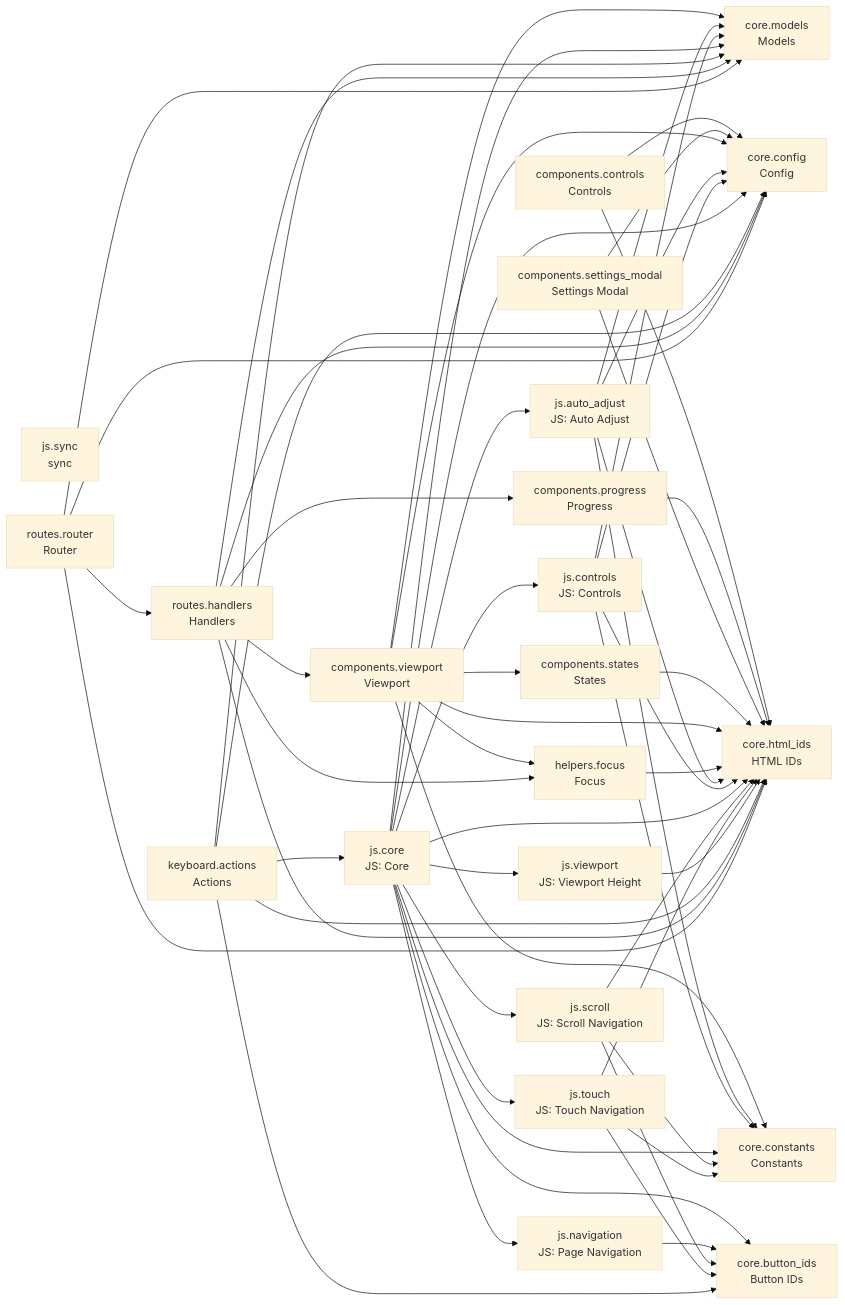
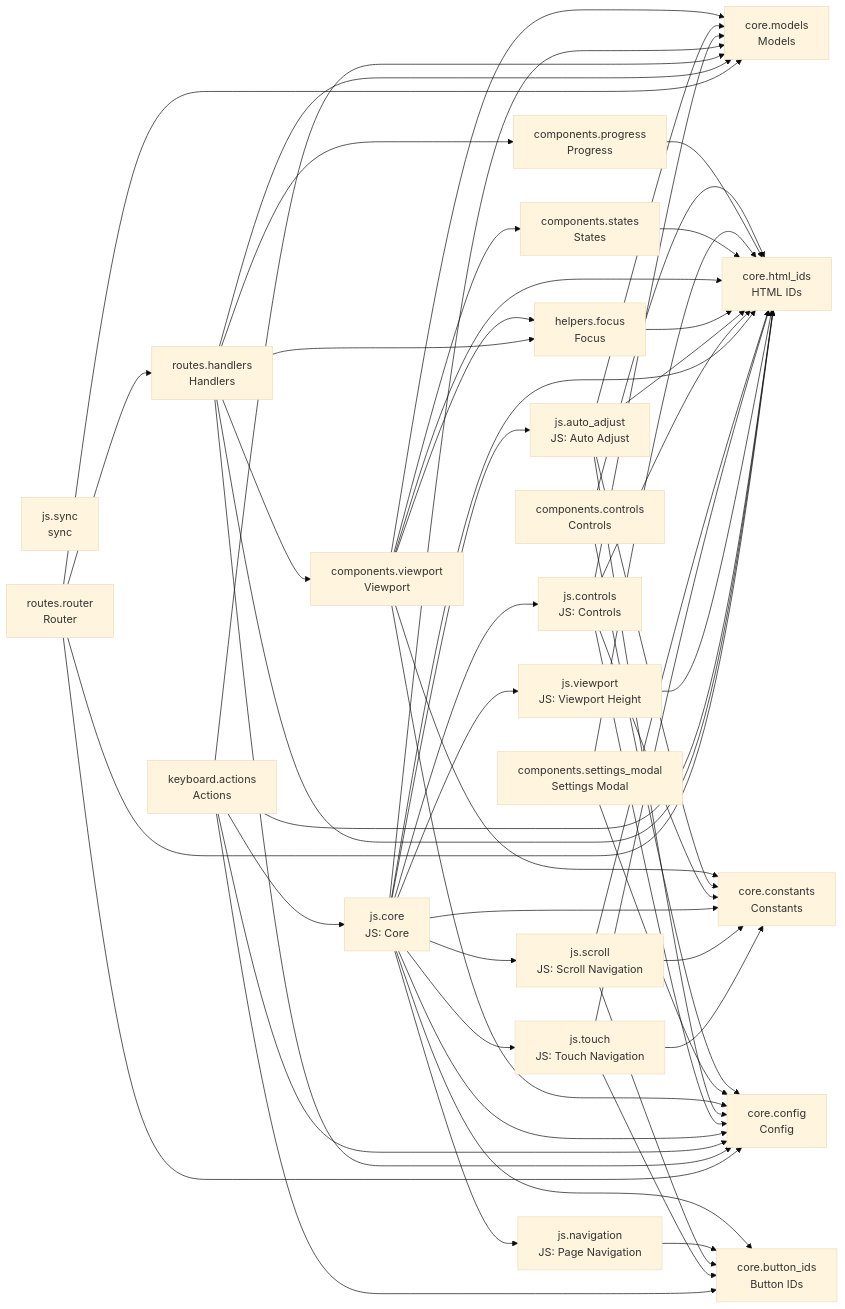
One commit to cj-mills/cjm-fasthtml-card-stack changed the diagram in README.md. Above: the diagram before and after it, drawn with Mermaid (base theme). The commit also changed other lines of this file and 4 other files, not shown here.

Commit message:
Add label pass-through on create_card_stack_focus_zone for keyboard-navigation 0.0.22's zone-aware hints modal (G4 D1).

````diff
--- a/README.md
+++ b/README.md
@@ -48,81 +48,81 @@
 ``` mermaid
 graph LR
     components_controls[components.controls<br/>Controls]
     components_progress[components.progress<br/>Progress]
     components_settings_modal[components.settings_modal<br/>Settings Modal]
     components_states[components.states<br/>States]
     components_viewport[components.viewport<br/>Viewport]
     core_button_ids[core.button_ids<br/>Button IDs]
     core_config[core.config<br/>Config]
     core_constants[core.constants<br/>Constants]
     core_html_ids[core.html_ids<br/>HTML IDs]
     core_models[core.models<br/>Models]
     helpers_focus[helpers.focus<br/>Focus]
     js_auto_adjust[js.auto_adjust<br/>JS: Auto Adjust]
     js_controls[js.controls<br/>JS: Controls]
     js_core[js.core<br/>JS: Core]
     js_navigation[js.navigation<br/>JS: Page Navigation]
     js_scroll[js.scroll<br/>JS: Scroll Navigation]
     js_sync[js.sync<br/>sync]
     js_touch[js.touch<br/>JS: Touch Navigation]
     js_viewport[js.viewport<br/>JS: Viewport Height]
     keyboard_actions[keyboard.actions<br/>Actions]
     routes_handlers[routes.handlers<br/>Handlers]
     routes_router[routes.router<br/>Router]
 
     components_controls --> core_config
     components_controls --> core_html_ids
     components_progress --> core_html_ids
     components_settings_modal --> core_config
     components_settings_modal --> core_html_ids
     components_states --> core_html_ids
     components_viewport --> core_models
+    components_viewport --> core_constants
+    components_viewport --> helpers_focus
     components_viewport --> core_config
+    components_viewport --> core_html_ids
     components_viewport --> components_states
-    components_viewport --> helpers_focus
-    components_viewport --> core_constants
-    components_viewport --> core_html_ids
     helpers_focus --> core_html_ids
+    js_auto_adjust --> core_constants
     js_auto_adjust --> core_models
-    js_auto_adjust --> core_constants
     js_auto_adjust --> core_html_ids
     js_auto_adjust --> core_config
     js_controls --> core_constants
     js_controls --> core_models
     js_controls --> core_html_ids
     js_controls --> core_config
-    js_core --> js_scroll
-    js_core --> core_constants
     js_core --> js_controls
     js_core --> core_models
-    js_core --> core_config
     js_core --> js_navigation
     js_core --> js_auto_adjust
+    js_core --> core_constants
+    js_core --> core_config
     js_core --> core_button_ids
+    js_core --> js_scroll
+    js_core --> js_viewport
+    js_core --> core_html_ids
     js_core --> js_touch
-    js_core --> core_html_ids
-    js_core --> js_viewport
     js_navigation --> core_button_ids
+    js_scroll --> core_html_ids
+    js_scroll --> core_button_ids
     js_scroll --> core_constants
-    js_scroll --> core_button_ids
-    js_scroll --> core_html_ids
     js_touch --> core_constants
     js_touch --> core_button_ids
     js_touch --> core_html_ids
     js_viewport --> core_html_ids
+    keyboard_actions --> js_core
     keyboard_actions --> core_models
     keyboard_actions --> core_config
     keyboard_actions --> core_button_ids
-    keyboard_actions --> js_core
     keyboard_actions --> core_html_ids
     routes_handlers --> core_models
+    routes_handlers --> components_progress
     routes_handlers --> components_viewport
     routes_handlers --> core_config
-    routes_handlers --> components_progress
     routes_handlers --> helpers_focus
     routes_handlers --> core_html_ids
     routes_router --> routes_handlers
     routes_router --> core_models
     routes_router --> core_config
     routes_router --> core_html_ids
 ```
````
